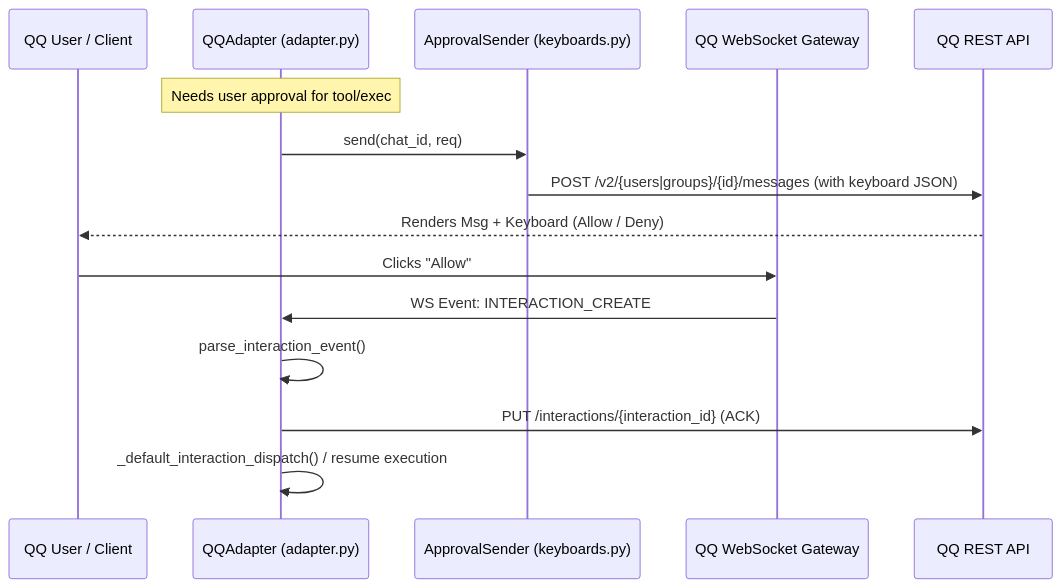
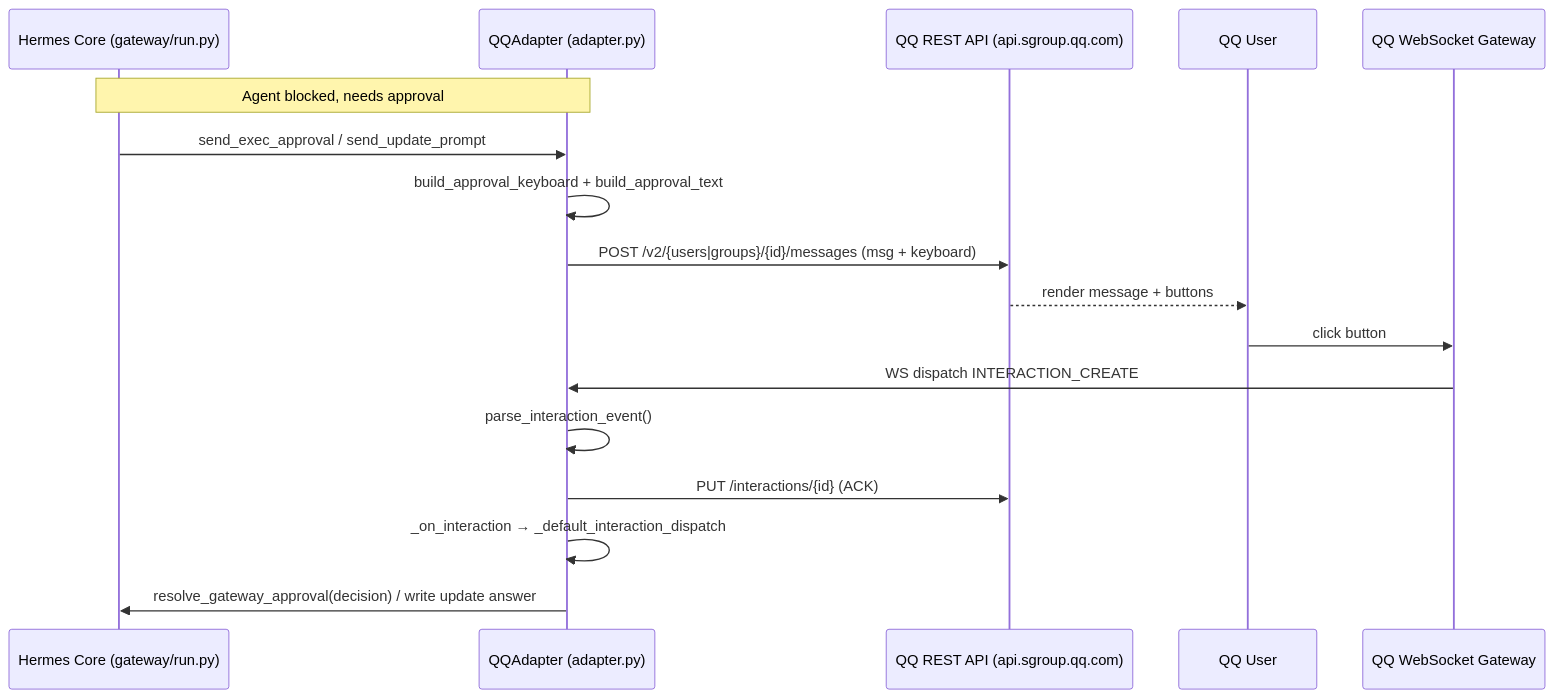
Before and after one commit to samlin-ai/hermes-agent: the diagram in gateway/platforms/qqbot/DESIGN.md, drawn with Mermaid. The commit also changed other lines of this file and 7 other files, not shown here.

````diff
--- a/gateway/platforms/qqbot/DESIGN.md
+++ b/gateway/platforms/qqbot/DESIGN.md
@@ -25,19 +25,21 @@
 ```mermaid
 sequenceDiagram
-    participant User as QQ User / Client
+    participant Core as Hermes Core (gateway/run.py)
     participant Adapter as QQAdapter (adapter.py)
-    participant Sender as ApprovalSender (keyboards.py)
+    participant QQAPI as QQ REST API (api.sgroup.qq.com)
+    participant User as QQ User
     participant QQWS as QQ WebSocket Gateway
-    participant QQAPI as QQ REST API
 
-    Note over Adapter: Needs user approval for tool/exec
-    Adapter ->> Sender: send(chat_id, req)
-    Sender ->> QQAPI: POST /v2/{users|groups}/{id}/messages (with keyboard JSON)
-    QQAPI -->> User: Renders Msg + Keyboard (Allow / Deny)
-    
-    User ->> QQWS: Clicks "Allow"
-    QQWS ->> Adapter: WS Event: INTERACTION_CREATE
+    Note over Core,Adapter: Agent blocked, needs approval
+    Core ->> Adapter: send_exec_approval / send_update_prompt
+    Adapter ->> Adapter: build_approval_keyboard + build_approval_text
+    Adapter ->> QQAPI: POST /v2/{users|groups}/{id}/messages (msg + keyboard)
+    QQAPI -->> User: render message + buttons
+
+    User ->> QQWS: click button
+    QQWS ->> Adapter: WS dispatch INTERACTION_CREATE
     Adapter ->> Adapter: parse_interaction_event()
-    Adapter ->> QQAPI: PUT /interactions/{interaction_id} (ACK)
-    Adapter ->> Adapter: _default_interaction_dispatch() / resume execution
+    Adapter ->> QQAPI: PUT /interactions/{id} (ACK)
+    Adapter ->> Adapter: _on_interaction → _default_interaction_dispatch
+    Adapter ->> Core: resolve_gateway_approval(decision) / write update answer
 ```
````
